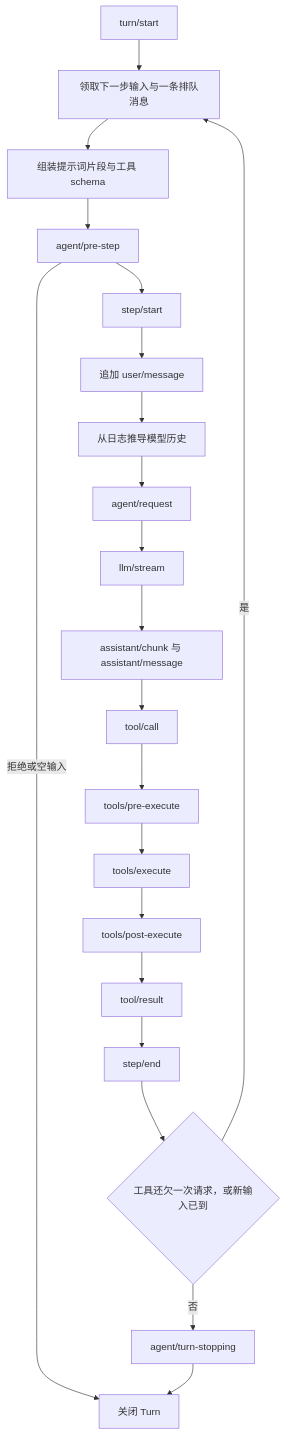
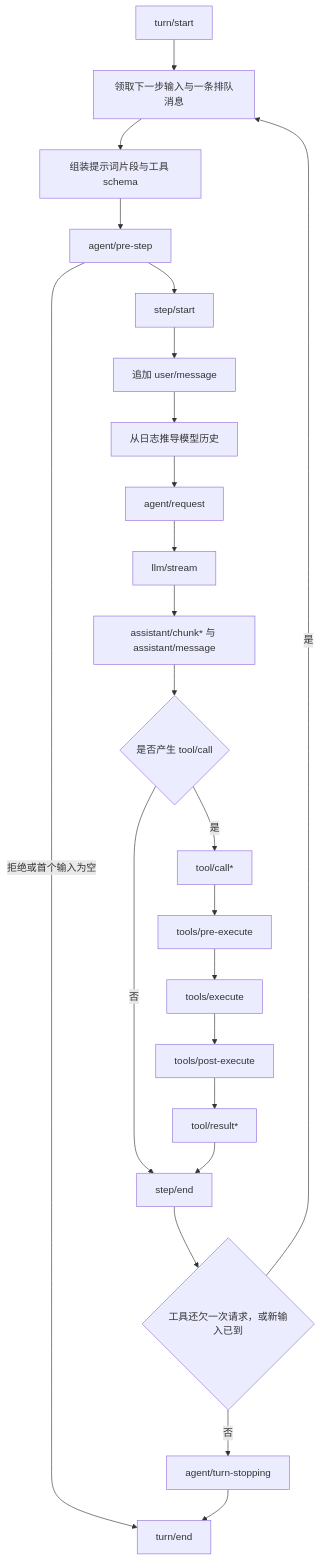
One commit to haomiaoOnline/DeepSeekHarness_Whitepages changed the diagram in docs/03-agent-loop.md. Above: the diagram before and after it, drawn with Mermaid. The commit also changed other lines of this file and 12 other files, not shown here.

```diff
--- a/docs/03-agent-loop.md
+++ b/docs/03-agent-loop.md
@@ -13,23 +13,25 @@
 ~~~mermaid
 flowchart TD
   Start["turn/start"] --> Claim["领取下一步输入与一条排队消息"]
   Claim --> Prompt["组装提示词片段与工具 schema"]
   Prompt --> Pre["agent/pre-step"]
-  Pre -->|拒绝或空输入| End["关闭 Turn"]
+  Pre -->|拒绝或首个输入为空| End["turn/end"]
   Pre --> Step["step/start"]
   Step --> User["追加 user/message"]
   User --> History["从日志推导模型历史"]
   History --> Request["agent/request"]
   Request --> Stream["llm/stream"]
-  Stream --> Assistant["assistant/chunk 与 assistant/message"]
-  Assistant --> ToolCall["tool/call"]
+  Stream --> Assistant["assistant/chunk* 与 assistant/message"]
+  Assistant --> Calls{"是否产生 tool/call"}
+  Calls -->|否| StepEnd["step/end"]
+  Calls -->|是| ToolCall["tool/call*"]
   ToolCall --> PreTool["tools/pre-execute"]
   PreTool --> Execute["tools/execute"]
   Execute --> PostTool["tools/post-execute"]
-  PostTool --> ToolResult["tool/result"]
-  ToolResult --> StepEnd["step/end"]
+  PostTool --> ToolResult["tool/result*"]
+  ToolResult --> StepEnd
   StepEnd --> More{"工具还欠一次请求，或新输入已到"}
   More -->|是| Claim
   More -->|否| Stop["agent/turn-stopping"]
-  Stop --> End
+  Stop --> End["turn/end"]
 ~~~
```
